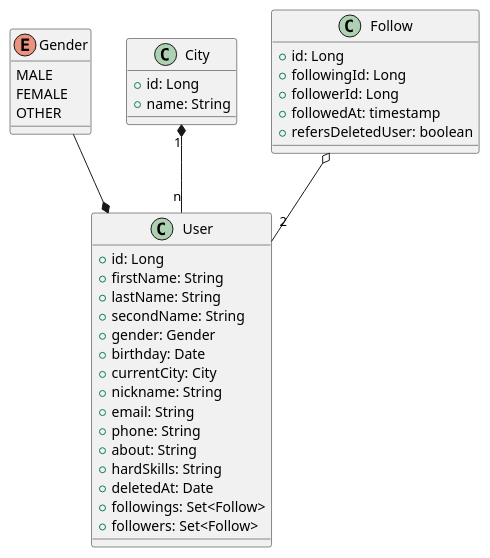
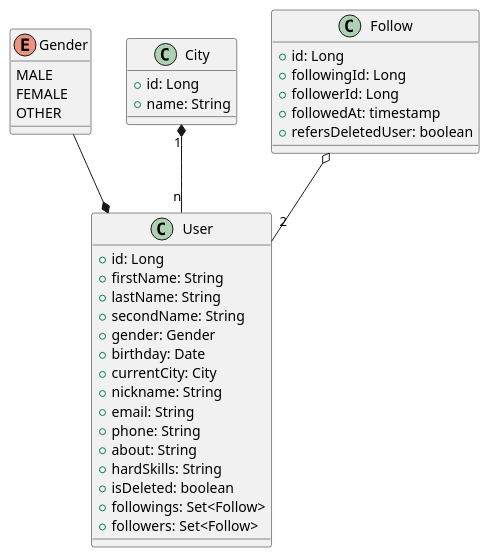
Before and after one commit to iourilitv/microservices: the diagram in users/docs/Users.puml, drawn with PlantUML. The commit also changed 12 other files, not shown here.

```diff
--- a/users/docs/Users.puml
+++ b/users/docs/Users.puml
@@ -1,43 +1,43 @@
 @startuml
 enum Gender {
     MALE
     FEMALE
     OTHER
 }
 
 class City {
     +id: Long
     +name: String
 }
 
 class User {
     +id: Long
     +firstName: String
     +lastName: String
     +secondName: String
     +gender: Gender
     +birthday: Date
     +currentCity: City
     +nickname: String
     +email: String
     +phone: String
     +about: String
     +hardSkills: String
-    +deletedAt: Date
+    +isDeleted: boolean
     +followings: Set<Follow>
     +followers: Set<Follow>
 }
 
 class Follow {
     +id: Long
     +followingId: Long
     +followerId: Long
     +followedAt: timestamp
     +refersDeletedUser: boolean
 }
 
 City "1" *-- "n" User
 Gender --* User
 Follow o-- "2" User
 
 @enduml
```
